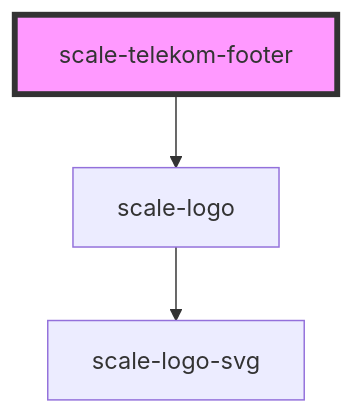
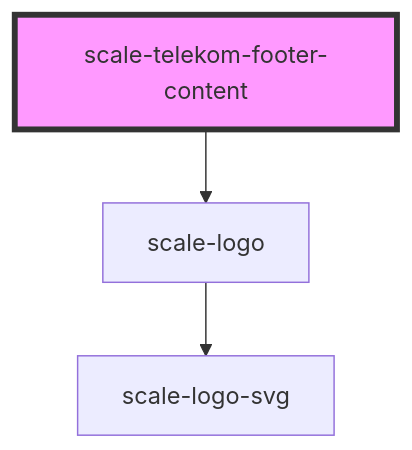
One commit to telekom/scale changed the diagram in packages/components/src/components/telekom/telekom-footer/readme.md. Above: the diagram before and after it, drawn with Mermaid. The commit also changed other lines of this file and 1 other file, not shown here.

````diff
--- a/packages/components/src/components/telekom/telekom-footer/readme.md
+++ b/packages/components/src/components/telekom/telekom-footer/readme.md
@@ -29,6 +27,6 @@
 ```mermaid
 graph TD;
-  scale-telekom-footer --> scale-logo
+  scale-telekom-footer-content --> scale-logo
   scale-logo --> scale-logo-svg
-  style scale-telekom-footer fill:#f9f,stroke:#333,stroke-width:4px
+  style scale-telekom-footer-content fill:#f9f,stroke:#333,stroke-width:4px
 ```
````
